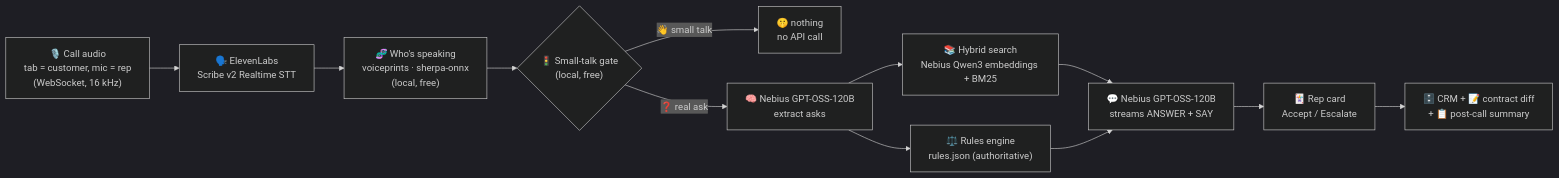
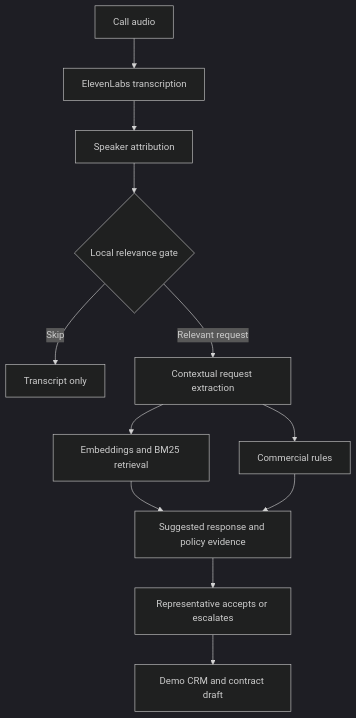
One commit to candelatesla/StanfordHack changed the diagram in README.md. Above: the diagram before and after it, drawn with Mermaid (dark theme). The commit also changed other lines of this file, not shown here.

Commit message:
docs: rewrite README with Top 8 recognition, architecture, setup and prototype limits

````diff
--- a/README.md
+++ b/README.md
@@ -55,14 +43,14 @@
 ```mermaid
-flowchart LR
-    A["🎙️ Call audio<br/>tab = customer, mic = rep<br/>(WebSocket, 16 kHz)"] --> B["🗣️ ElevenLabs<br/>Scribe v2 Realtime STT"]
-    B --> C["🧬 Who's speaking<br/>voiceprints · sherpa-onnx<br/>(local, free)"]
-    C --> D{"🚦 Small-talk gate<br/>(local, free)"}
-    D -- "👋 small talk" --> X["🤫 nothing<br/>no API call"]
-    D -- "❓ real ask" --> E["🧠 Nebius GPT-OSS-120B<br/>extract asks"]
-    E --> F["📚 Hybrid search<br/>Nebius Qwen3 embeddings + BM25"]
-    E --> G["⚖️ Rules engine<br/>rules.json (authoritative)"]
-    F --> H["💬 Nebius GPT-OSS-120B<br/>streams ANSWER + SAY"]
-    G --> H
-    H --> I["🃏 Rep card<br/>Accept / Escalate"]
-    I --> J["🗄️ CRM + 📝 contract diff<br/>+ 📋 post-call summary"]
+flowchart TD
+    A["Call audio"] --> B["ElevenLabs transcription"]
+    B --> C["Speaker attribution"]
+    C --> D{"Local relevance gate"}
+    D -- "Skip" --> E["Transcript only"]
+    D -- "Relevant request" --> F["Contextual request extraction"]
+    F --> G["Embeddings and BM25 retrieval"]
+    F --> H["Commercial rules"]
+    G --> I["Suggested response and policy evidence"]
+    H --> I
+    I --> J["Representative accepts or escalates"]
+    J --> K["Demo CRM and contract draft"]
 ```
````
